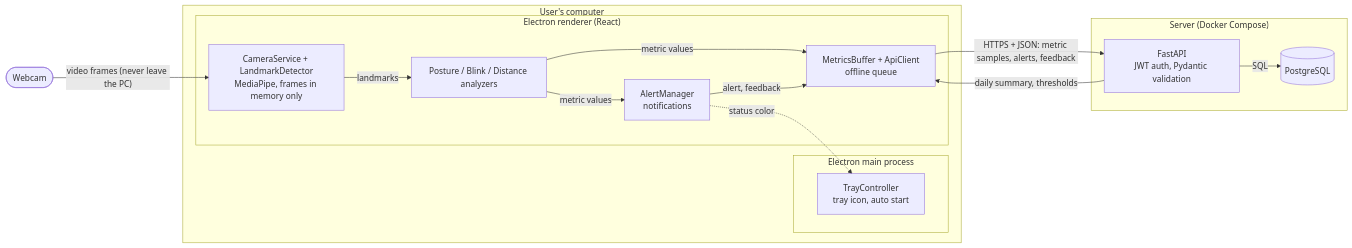
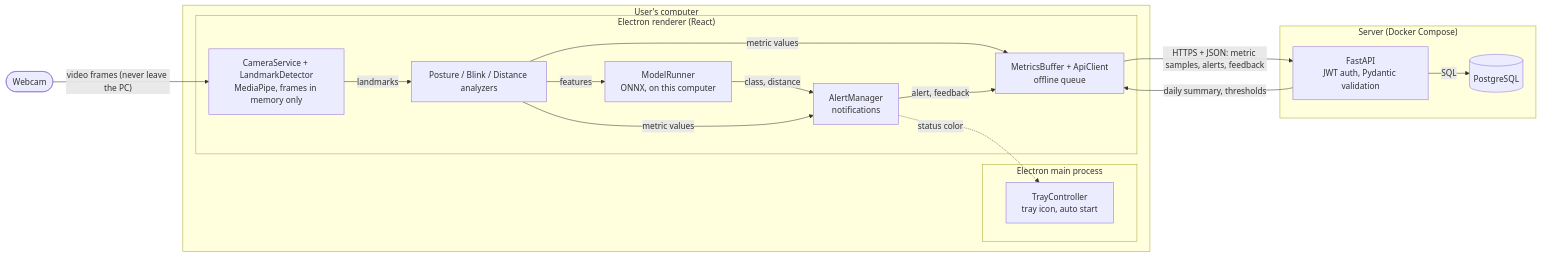
The diagram in docs/uml/architecture.md (busedemirbass/sitwise), drawn with Mermaid before and after one commit. The commit also changed other lines of this file and 1 other file, not shown here.

````diff
--- a/docs/uml/architecture.md
+++ b/docs/uml/architecture.md
@@ -7,32 +7,35 @@
 ```mermaid
 flowchart LR
     Cam(["Webcam"])
 
     subgraph PC["User's computer"]
         subgraph Main["Electron main process"]
             Tray["TrayController<br/>tray icon, auto start"]
         end
         subgraph Renderer["Electron renderer (React)"]
             Vision["CameraService + LandmarkDetector<br/>MediaPipe, frames in memory only"]
             Analyzers["Posture / Blink / Distance analyzers"]
+            Model["ModelRunner<br/>ONNX, on this computer"]
             Alerts["AlertManager<br/>notifications"]
             Buffer["MetricsBuffer + ApiClient<br/>offline queue"]
         end
     end
 
     subgraph Server["Server (Docker Compose)"]
         API["FastAPI<br/>JWT auth, Pydantic validation"]
         DB[("PostgreSQL")]
     end
 
     Cam -->|"video frames (never leave the PC)"| Vision
     Vision -->|"landmarks"| Analyzers
+    Analyzers -->|"features"| Model
+    Model -->|"class, distance"| Alerts
     Analyzers -->|"metric values"| Alerts
     Analyzers -->|"metric values"| Buffer
     Alerts -->|"alert, feedback"| Buffer
     Alerts -.->|"status color"| Tray
 
     Buffer -->|"HTTPS + JSON: metric samples, alerts, feedback"| API
     API -->|"daily summary, thresholds"| Buffer
     API -->|"SQL"| DB
 ```
````
